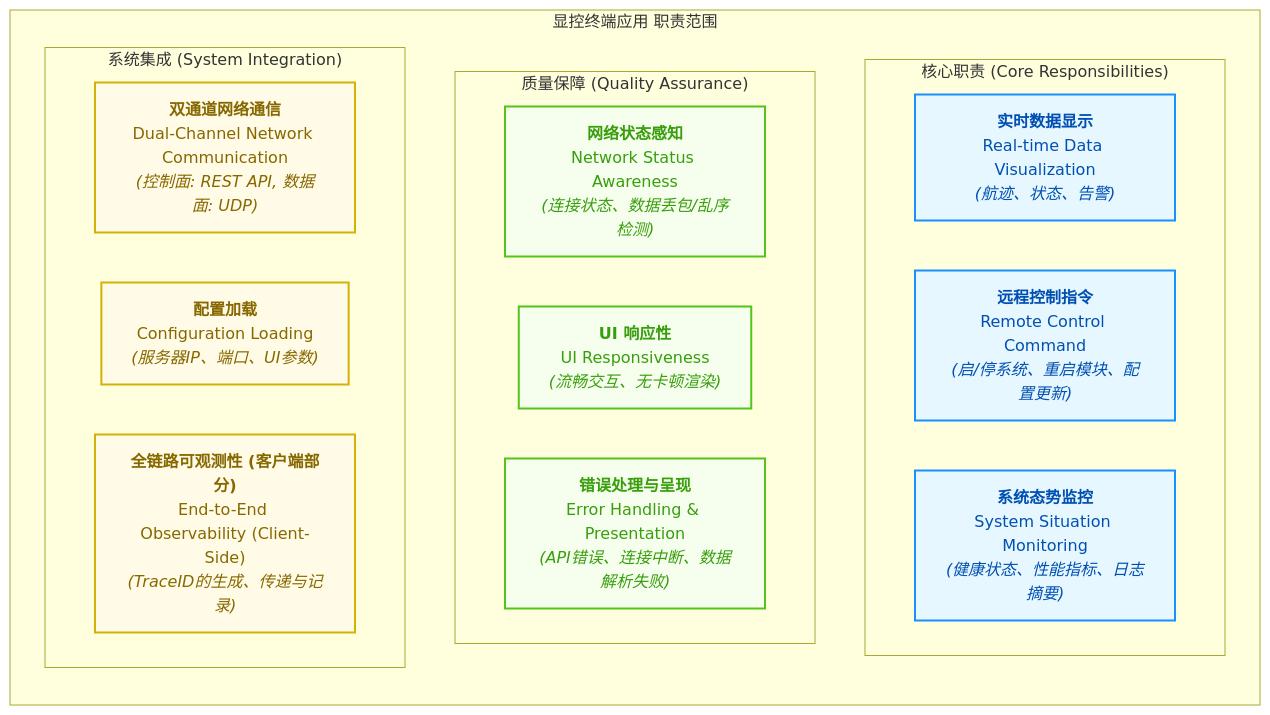
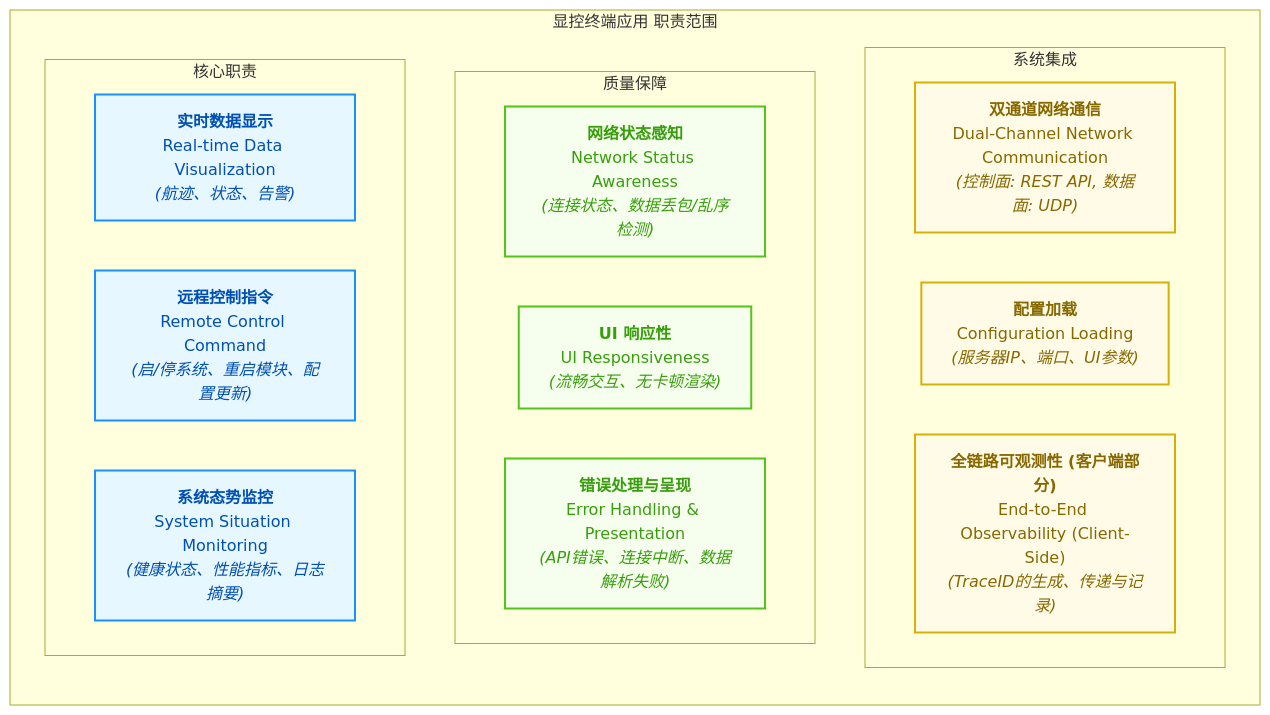
One commit to wendizhou99-cell/Radar changed the first of 8 diagrams in docs/01_项目设计/02_模块设计/09_显控终端应用设计.md. Above: the diagram before and after it, drawn with Mermaid. The commit also changed other lines of this file and 8 other files, not shown here.

````diff
--- a/docs/01_项目设计/02_模块设计/09_显控终端应用设计.md
+++ b/docs/01_项目设计/02_模块设计/09_显控终端应用设计.md
@@ -63,33 +93,33 @@
 ```mermaid
-graph TD
+graph LR
     subgraph "显控终端应用 职责范围"
         direction TB
 
-        subgraph "核心职责 (Core Responsibilities)"
-            A1["<b>实时数据显示</b><br/>Real-time Data Visualization<br/><i>(航迹、状态、告警)</i>"]
-            A2["<b>远程控制指令</b><br/>Remote Control Command<br/><i>(启/停系统、重启模块、配置更新)</i>"]
-            A3["<b>系统态势监控</b><br/>System Situation Monitoring<br/><i>(健康状态、性能指标、日志摘要)</i>"]
+        subgraph "系统集成"
+            C1["<b>双通道网络通信</b><br/>Dual-Channel Network Communication<br/><i>(控制面: REST API, 数据面: UDP)</i>"]
+            C2["<b>配置加载</b><br/>Configuration Loading<br/><i>(服务器IP、端口、UI参数)</i>"]
+            C3["<b>全链路可观测性 (客户端部分)</b><br/>End-to-End Observability (Client-Side)<br/><i>(TraceID的生成、传递与记录)</i>"]
         end
 
-        subgraph "质量保障 (Quality Assurance)"
+        subgraph "质量保障"
             B1["<b>网络状态感知</b><br/>Network Status Awareness<br/><i>(连接状态、数据丢包/乱序检测)</i>"]
             B2["<b>UI 响应性</b><br/>UI Responsiveness<br/><i>(流畅交互、无卡顿渲染)</i>"]
             B3["<b>错误处理与呈现</b><br/>Error Handling & Presentation<br/><i>(API错误、连接中断、数据解析失败)</i>"]
         end
 
-        subgraph "系统集成 (System Integration)"
-            C1["<b>双通道网络通信</b><br/>Dual-Channel Network Communication<br/><i>(控制面: REST API, 数据面: UDP)</i>"]
-            C2["<b>配置加载</b><br/>Configuration Loading<br/><i>(服务器IP、端口、UI参数)</i>"]
-            C3["<b>全链路可观测性 (客户端部分)</b><br/>End-to-End Observability (Client-Side)<br/><i>(TraceID的生成、传递与记录)</i>"]
+        subgraph "核心职责"
+            A1["<b>实时数据显示</b><br/>Real-time Data Visualization<br/><i>(航迹、状态、告警)</i>"]
+            A2["<b>远程控制指令</b><br/>Remote Control Command<br/><i>(启/停系统、重启模块、配置更新)</i>"]
+            A3["<b>系统态势监控</b><br/>System Situation Monitoring<br/><i>(健康状态、性能指标、日志摘要)</i>"]
         end
     end
 
     %% Styling
     classDef core fill:#e6f7ff,stroke:#1890ff,stroke-width:2px,color:#0050b3
     classDef quality fill:#f6ffed,stroke:#52c41a,stroke-width:2px,color:#389e0d
     classDef integration fill:#fffbe6,stroke:#d4b106,stroke-width:2px,color:#876800
 
     class A1,A2,A3 core
     class B1,B2,B3 quality
     class C1,C2,C3 integration
 ```
````
